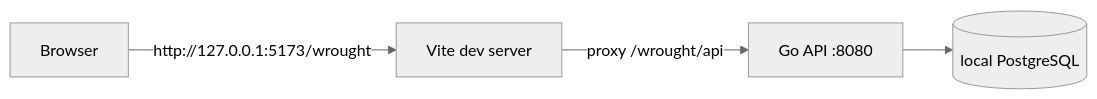
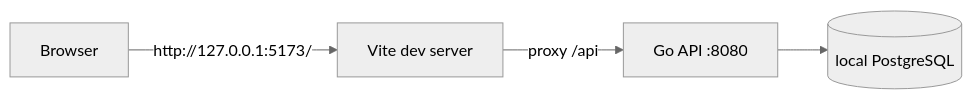
Before and after one commit to JTan2231/gezerah: the second of 9 diagrams in docs/architecture.md, drawn with Mermaid (neutral theme). The commit also changed other lines of this file and 89 other files, not shown here.

````diff
--- a/docs/architecture.md
+++ b/docs/architecture.md
@@ -92,6 +73,6 @@
 ```mermaid
 flowchart LR
-    Browser -->|http://127.0.0.1:5173/wrought| Vite[Vite dev server]
-    Vite -->|proxy /wrought/api| Go[Go API :8080]
+    Browser -->|http://127.0.0.1:5173/| Vite[Vite dev server]
+    Vite -->|proxy /api| Go[Go API :8080]
     Go --> DB[(local PostgreSQL)]
 ```
````
